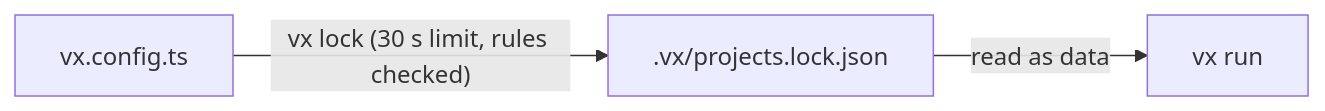
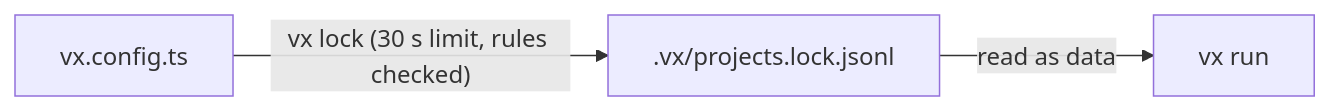
The diagram in private/vx-docs/src/content/docs/blog/guard-rails.md (vznjs/vx), drawn with Mermaid before and after one commit. The commit also changed 141 other files, not shown here.

````diff
--- a/private/vx-docs/src/content/docs/blog/guard-rails.md
+++ b/private/vx-docs/src/content/docs/blog/guard-rails.md
@@ -71,5 +71,5 @@
 ```mermaid
 flowchart LR
-  C[vx.config.ts] -->|"vx lock (30 s limit, rules checked)"| L[.vx/projects.lock.json]
+  C[vx.config.ts] -->|"vx lock (30 s limit, rules checked)"| L[.vx/projects.lock.jsonl]
   L -->|read as data| R[vx run]
 ```
````
